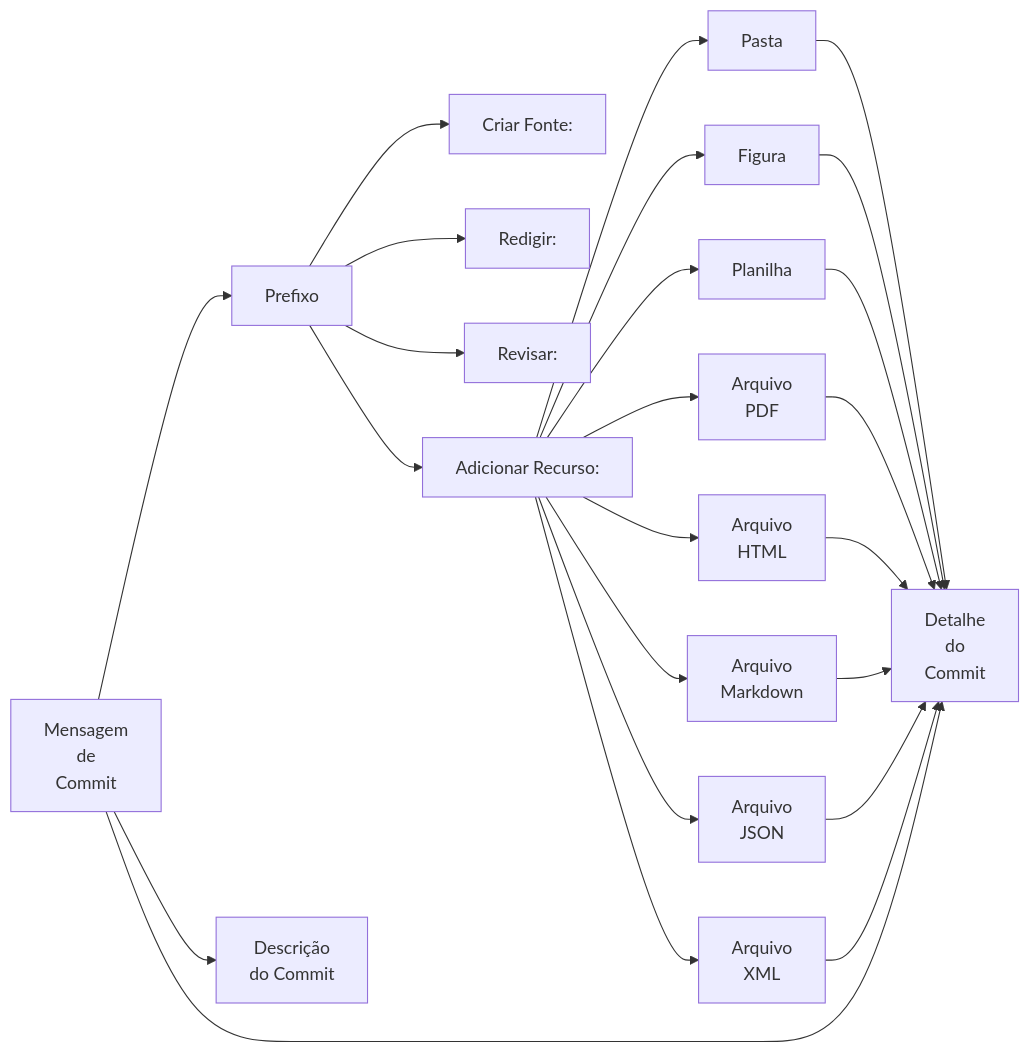
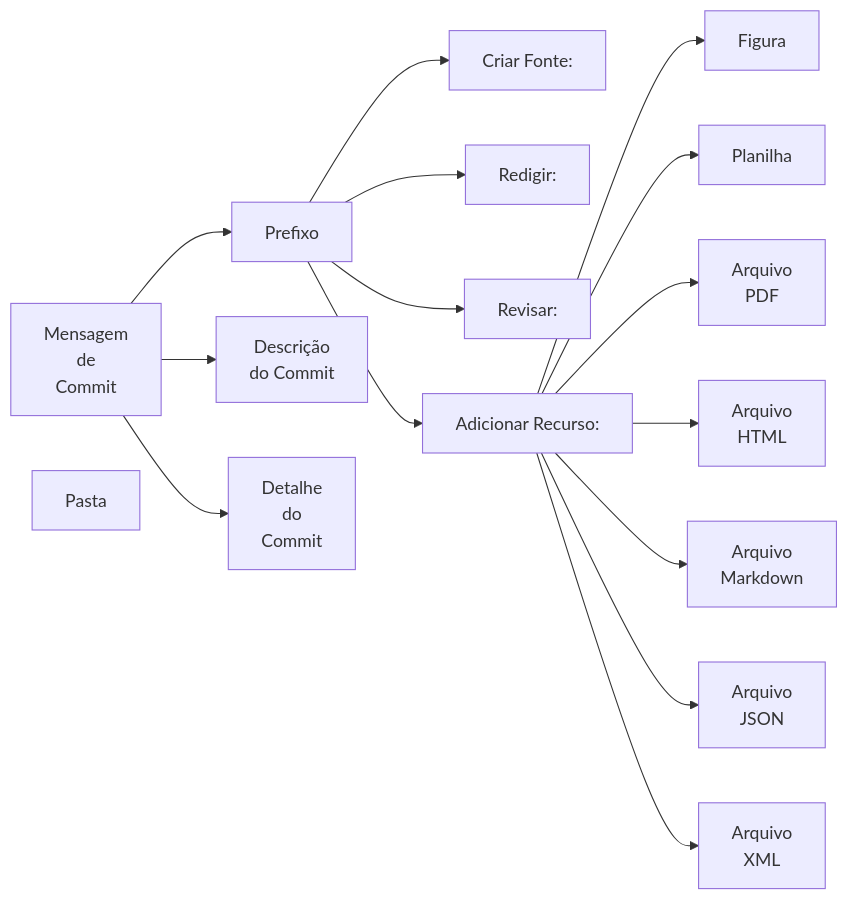
One commit to dnlclaudino/gestao-do-conhecimento changed the sixth of 6 diagrams in README.md. Above: the diagram before and after it, drawn with Mermaid.

Commit message:
Revisar: seção "Como descrever um Commits ?" / Mermaid

````diff
--- a/README.md
+++ b/README.md
@@ -414,38 +414,37 @@
 ```mermaid
 flowchart LR
 
 %% Elementos
 M["Mensagem<br>de<br>Commit"];
 P["Prefixo"];
   CF["Criar Fonte:"];
   RED["Redigir:"];
   REV["Revisar:"];
   AR["Adicionar Recurso:"];
     PT["Pasta"];
     FIG["Figura"];
     PLAN["Planilha"];
     PDF["Arquivo<br>PDF"];
     HTML["Arquivo<br>HTML"];
     MD["Arquivo<br>Markdown"];
     JSON["Arquivo<br>JSON"];
     XML["Arquivo<br>XML"];
 D["Descrição<br>do Commit"];
 DC["Detalhe<br>do<br>Commit"];
 
 %% Ligações
 M-->P;
   P-->CF;
   P-->RED;
   P-->REV;
   P-->AR;
-    AR-->PT-->DC;
-    AR-->FIG-->DC;
-    AR-->PLAN-->DC;
-    AR-->PDF-->DC;
-    AR-->HTML-->DC;
-    AR-->MD-->DC;
-    AR-->JSON-->DC;
-    AR-->XML-->DC;
+    AR-->FIG;
+    AR-->PLAN;
+    AR-->PDF;
+    AR-->HTML;
+    AR-->MD;
+    AR-->JSON;
+    AR-->XML;
 M-->D;
 M-->DC;
 ```
````
